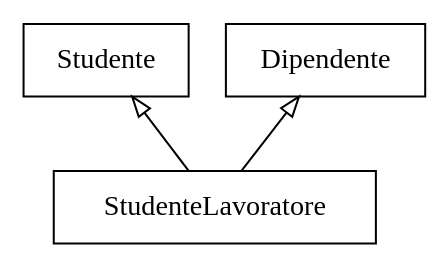
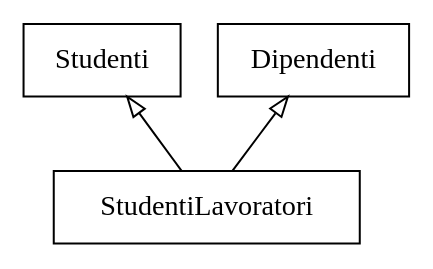
Before and after one commit to alek3y/cs: diagram 11 of 17 in src/ct0006-1/README.md, drawn with Graphviz. The commit also changed other lines of this file, not shown here.

````diff
--- a/src/ct0006-1/README.md
+++ b/src/ct0006-1/README.md
@@ -187,12 +187,12 @@
 ```dot process
 digraph {
 	rankdir=BT
 	node [shape=record]
 
-	StudenteLavoratore -> {
+	StudentiLavoratori -> {
 		rank=same
-		Studente
-		Dipendente
+		Studenti
+		Dipendenti
 	} [arrowhead=onormal]
 }
 ```
````
